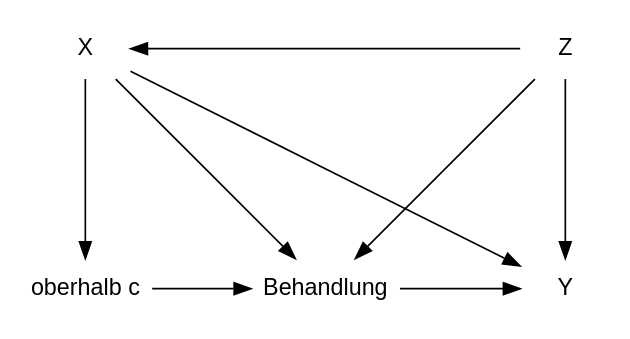
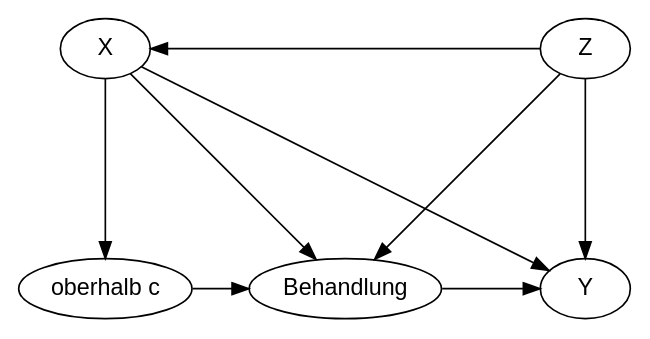
One commit to mca91/kasa_book changed the second of 2 diagrams in RDD.qmd. Above: the diagram before and after it, drawn with Graphviz. The commit also changed other lines of this file and 37 other files, not shown here.

````diff
--- a/RDD.qmd
+++ b/RDD.qmd
@@ -931,27 +522,26 @@
 ```{dot}
 //| fig-width: 5
 //| fig-height: 3
 //| fig-align: 'center'
 //| fig-cap: "Kausales Diagram für FRDD"
 //| label: "fig-CDFRDD" 
 digraph {
   layout=neato
   fontname="Helvetica,Arial,sans-serif"
-  node [fontname="Helvetica,Arial,sans-serif"]
+  node [fontname="Helvetica,Arial,sans-serif", shape=ellipse]
   edge [fontname="Helvetica,Arial,sans-serif"]
-  node [shape=none];
   "X" [pos="0,1!"]
   "Y" [pos="4,-1!"]
   "oberhalb c" [pos="0,-1!"]
   "Z" [pos="4,1!"]
   "Behandlung" [pos="2,-1!"]
   "Z" -> "Behandlung"
   "X" -> "Y"
   "X" -> "Behandlung"
   "Z" -> "X"
   "Z" -> "Y"
   "X" -> "oberhalb c"
   "oberhalb c" -> "Behandlung"
   "Behandlung" -> "Y"
 }
 ```
````
